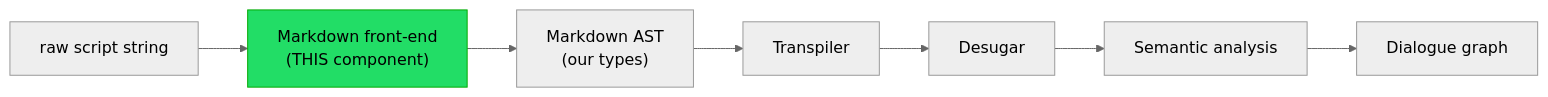
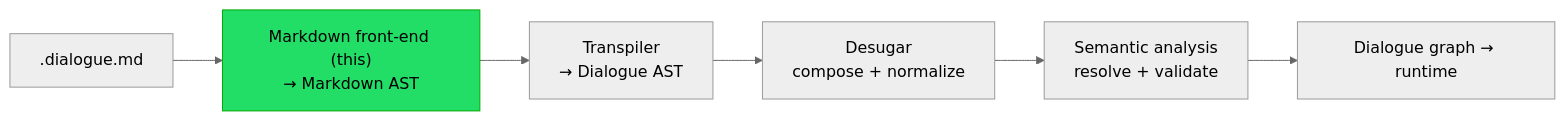
The first of 2 diagrams in docs/contributing/design-notes/Markdown Front-End.md (pengzhengyi/godot-dialoguedown), drawn with Mermaid (neutral theme) before and after one commit.

Commit message:
docs(notes): align the front-end pipeline diagram with its siblings
The front-end note's "Where it sits" diagram used a different shape from the
transpiler, desugar, and semantic-analyzer notes. Reconcile it to the shared
canonical pipeline (each note highlights its own stage) so the series reads
coherently.

````diff
--- a/docs/contributing/design-notes/Markdown Front-End.md
+++ b/docs/contributing/design-notes/Markdown Front-End.md
@@ -56,10 +56,9 @@
 ```mermaid
 flowchart LR
-    Source["raw script string"] --> FE["Markdown front-end<br/>(THIS component)"]
-    FE --> AST["Markdown AST<br/>(our types)"]
-    AST --> TR["Transpiler"]
-    TR --> DS["Desugar"]
-    DS --> SEM["Semantic analysis"]
-    SEM --> G["Dialogue graph"]
-    style FE fill:#2d6,stroke:#0a0,color:#000
+    A[".dialogue.md"] --> B["Markdown front-end (this)<br/>→ Markdown AST"]
+    B --> C["Transpiler<br/>→ Dialogue AST"]
+    C --> D["Desugar<br/>compose + normalize"]
+    D --> E["Semantic analysis<br/>resolve + validate"]
+    E --> F["Dialogue graph → runtime"]
+    style B fill:#2d6,stroke:#0a0,color:#000
 ```
````
